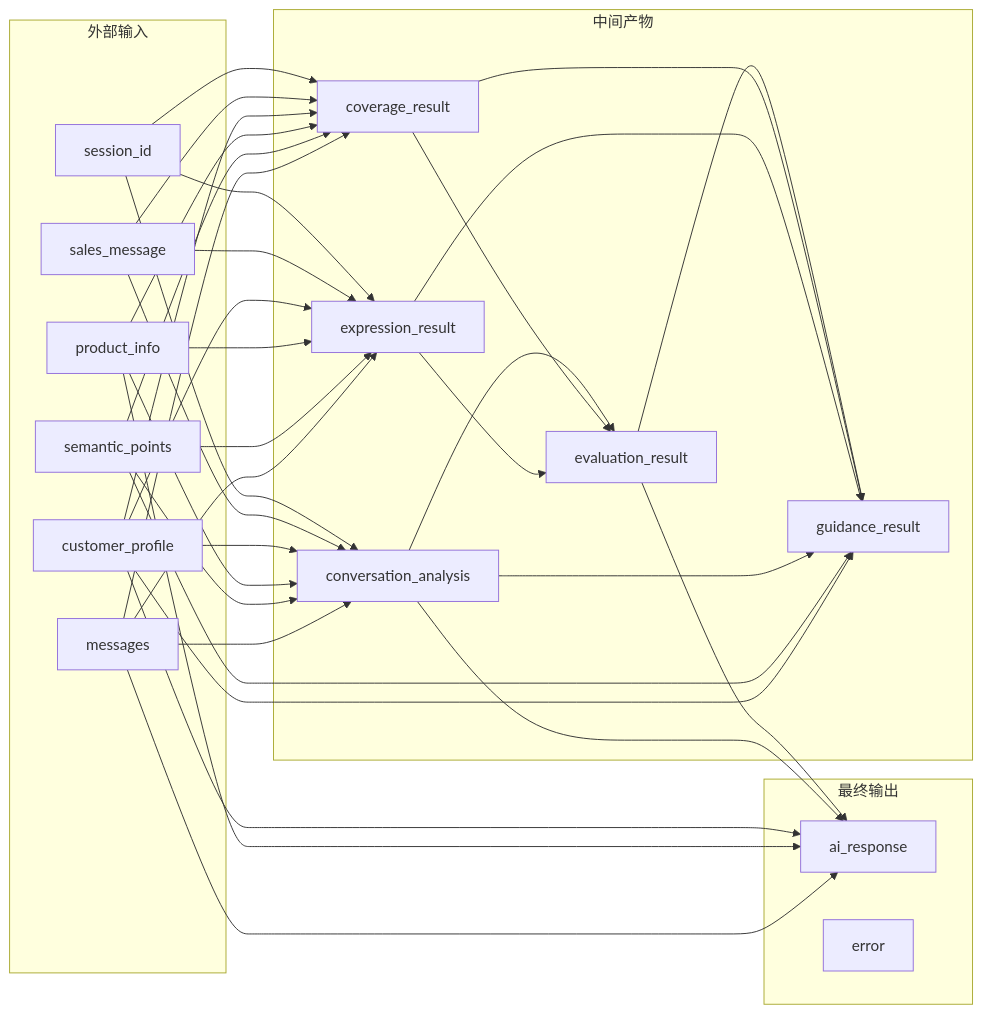
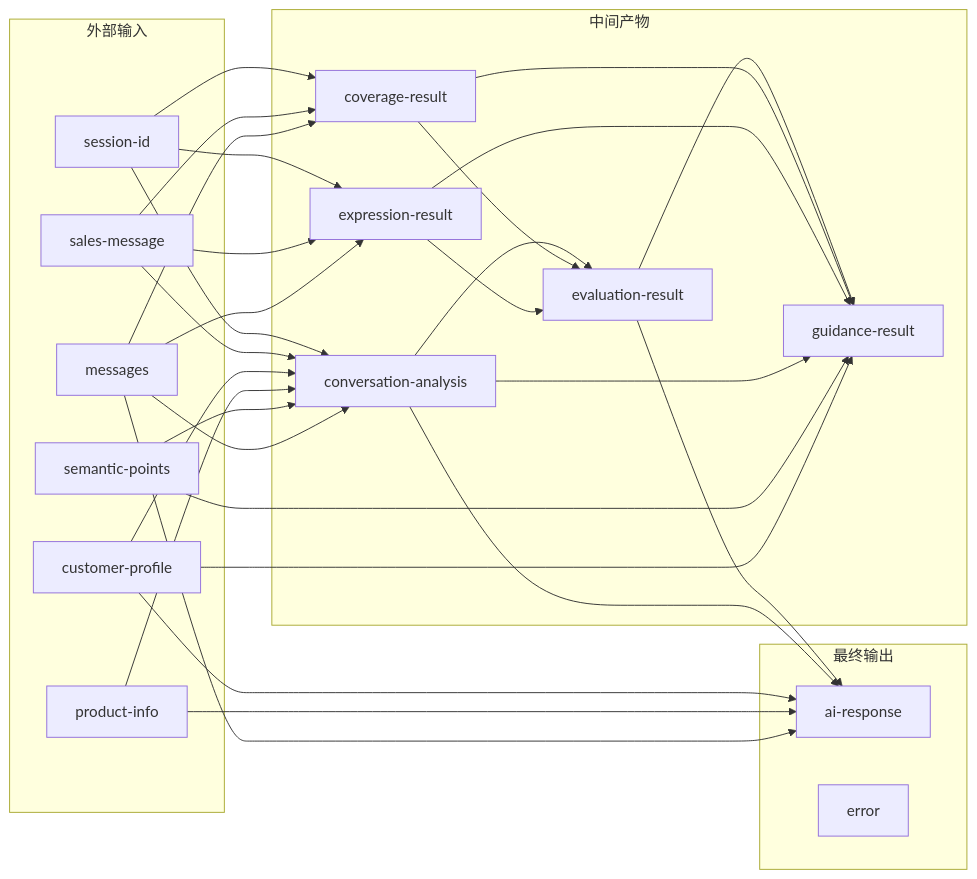
The sixth of 10 diagrams in README.md (xt765/UMU-Sales-Trainer), drawn with Mermaid before and after one commit. The commit also changed other lines of this file and 1 other file, not shown here.

Commit message:
fix: remove underscores from LaTeX math blocks for Gitee KaTeX compatibility

````diff
--- a/README.md
+++ b/README.md
@@ -455,33 +455,34 @@
 ```mermaid
 graph LR
-    subgraph 输入[外部输入]
-        IN1[session_id]
-        IN2[sales_message]
-        IN3[customer_profile]
-        IN4[product_info]
-        IN5[semantic_points]
-        IN6[messages]
+    subgraph IN["外部输入"]
+        IN1["session-id"]
+        IN2["sales-message"]
+        IN3["customer-profile"]
+        IN4["product-info"]
+        IN5["semantic-points"]
+        IN6["messages"]
     end
 
-    subgraph 中间[中间产物]
-        M1[conversation_analysis]
-        M2[coverage_result]
-        M3[expression_result]
-        M4[evaluation_result]
-        M5[guidance_result]
+    subgraph MID["中间产物"]
+        M1["conversation-analysis"]
+        M2["coverage-result"]
+        M3["expression-result"]
+        M4["evaluation-result"]
+        M5["guidance-result"]
     end
 
-    subgraph 输出[最终输出]
-        OUT1[ai_response]
-        OUT2[error]
+    subgraph OUT["最终输出"]
+        OUT1["ai-response"]
+        OUT2["error"]
     end
 
     IN1 & IN2 & IN3 & IN4 & IN5 & IN6 --> M1
-    IN1 & IN2 & IN3 & IN4 & IN5 & IN6 --> M2
-    IN1 & IN2 & IN3 & IN4 & IN5 & IN6 --> M3
+    IN1 & IN2 & IN6 --> M2
+    IN1 & IN2 & IN6 --> M3
 
     M1 & M2 & M3 --> M4
+
     M4 & M2 & M3 & M1 & IN5 & IN3 --> M5
 
     M4 & IN3 & IN4 & M1 & IN6 --> OUT1
 ```
````
